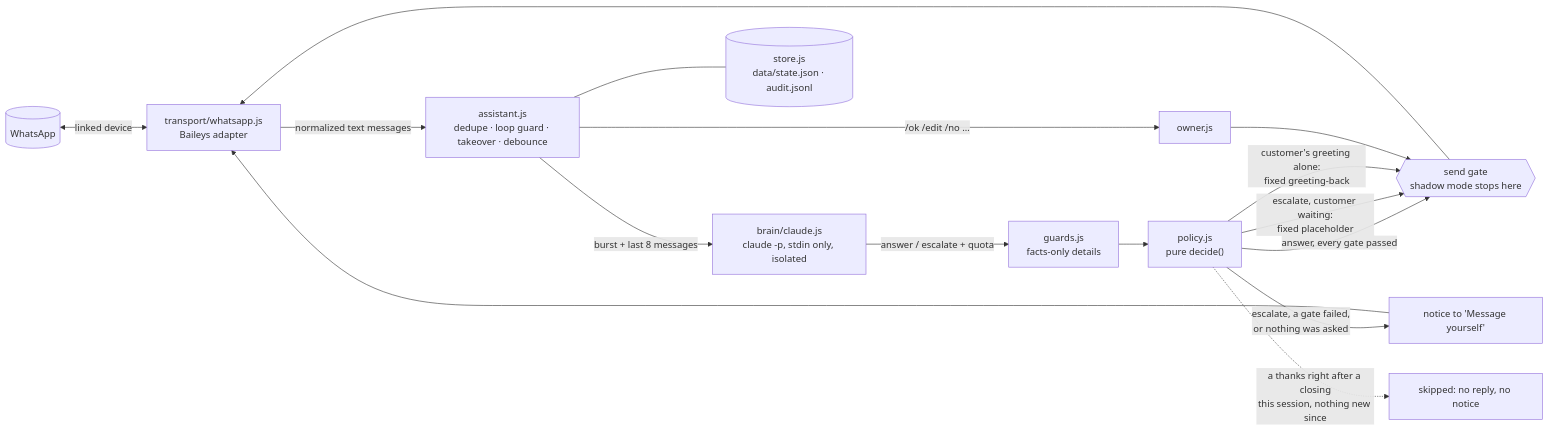
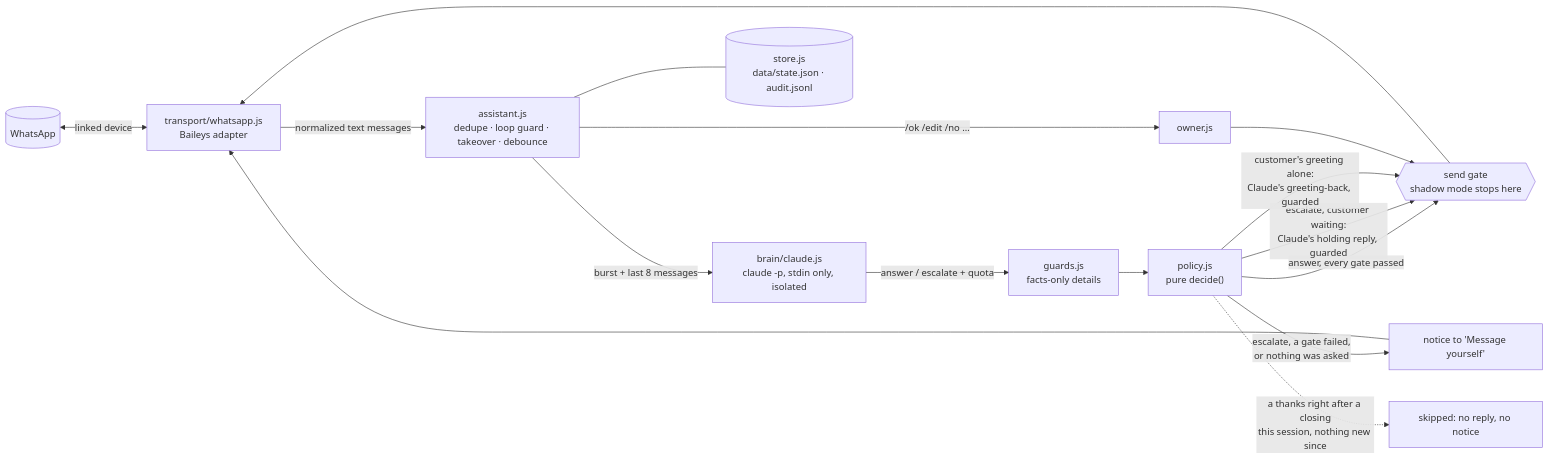
One commit to dolphinigle/wa-claude-assistant changed the diagram in README.md. Above: the diagram before and after it, drawn with Mermaid. The commit also changed other lines of this file and 4 other files, not shown here.

First line of the commit message:
docs: claude-written placeholder and greeting-back, web route kept over the cloud api

````diff
--- a/README.md
+++ b/README.md
@@ -49,18 +53,18 @@
 ```mermaid
 flowchart LR
   WA[("WhatsApp")] <-->|linked device| T["transport/whatsapp.js<br/>Baileys adapter"]
   T -->|normalized text messages| A["assistant.js<br/>dedupe · loop guard · takeover · debounce"]
   A -->|"burst + last 8 messages"| B["brain/claude.js<br/>claude -p, stdin only, isolated"]
   B -->|"answer / escalate + quota"| G["guards.js<br/>facts-only details"]
   G --> P["policy.js<br/>pure decide()"]
   P -->|"answer, every gate passed"| S{{"send gate<br/>shadow mode stops here"}}
   P -->|"escalate, a gate failed,<br/>or nothing was asked"| N["notice to 'Message yourself'"]
-  P -->|"escalate, customer waiting:<br/>fixed placeholder"| S
-  P -->|"customer's greeting alone:<br/>fixed greeting-back"| S
+  P -->|"escalate, customer waiting:<br/>Claude's holding reply, guarded"| S
+  P -->|"customer's greeting alone:<br/>Claude's greeting-back, guarded"| S
   P -.->|"a thanks right after a closing<br/>this session, nothing new since"| K["skipped: no reply, no notice"]
   A -->|"/ok /edit /no …"| O["owner.js"]
   O --> S
   S --> T
   N --> T
   A --- ST[("store.js<br/>data/state.json · audit.jsonl")]
 ```
````
